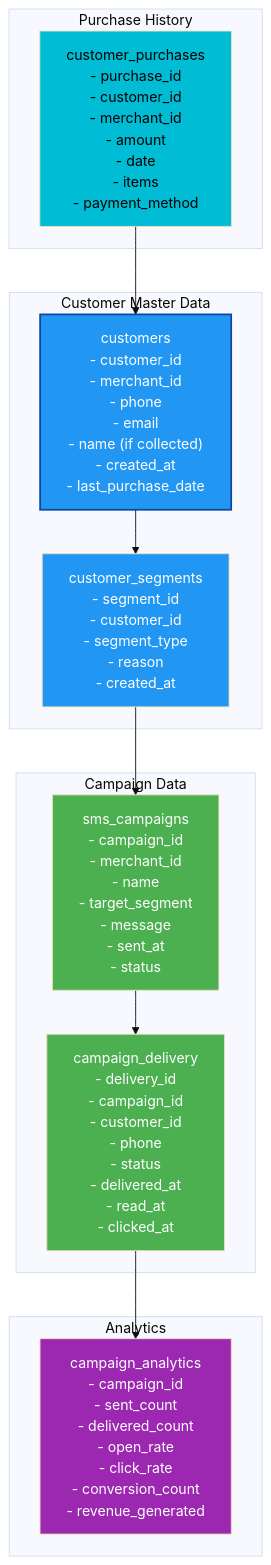
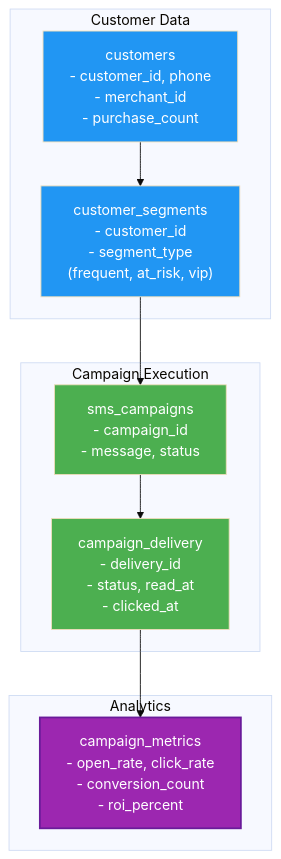
One commit to lamtquyen03/momo-product-engineering changed diagram 15 of 19 in product-areas/sme-merchants-product-design.md. Above: the diagram before and after it, drawn with Mermaid (base theme). The commit also changed other lines of this file, not shown here.

Commit message:
[OPTIMIZE] Condense Section 4 - preserve Mermaid diagrams, remove verbose SQL/examples

````diff
--- a/product-areas/sme-merchants-product-design.md
+++ b/product-areas/sme-merchants-product-design.md
@@ -890,33 +810,27 @@
 ```mermaid
 graph TB
-    subgraph "Customer Master Data"
-        CUST["customers<br/>- customer_id<br/>- merchant_id<br/>- phone<br/>- email<br/>- name (if collected)<br/>- created_at<br/>- last_purchase_date"]
-        SEGMENT["customer_segments<br/>- segment_id<br/>- customer_id<br/>- segment_type<br/>- reason<br/>- created_at"]
+    subgraph "Customer Data"
+        CUST["customers<br/>- customer_id, phone<br/>- merchant_id<br/>- purchase_count"]
+        SEGMENT["customer_segments<br/>- customer_id<br/>- segment_type<br/>(frequent, at_risk, vip)"]
     end
 
-    subgraph "Purchase History"
-        HISTORY["customer_purchases<br/>- purchase_id<br/>- customer_id<br/>- merchant_id<br/>- amount<br/>- date<br/>- items<br/>- payment_method"]
-    end
-
-    subgraph "Campaign Data"
-        CAMPAIGN["sms_campaigns<br/>- campaign_id<br/>- merchant_id<br/>- name<br/>- target_segment<br/>- message<br/>- sent_at<br/>- status"]
-        DELIVERY["campaign_delivery<br/>- delivery_id<br/>- campaign_id<br/>- customer_id<br/>- phone<br/>- status<br/>- delivered_at<br/>- read_at<br/>- clicked_at"]
+    subgraph "Campaign Execution"
+        CAMPAIGN["sms_campaigns<br/>- campaign_id<br/>- message, status"]
+        DELIVERY["campaign_delivery<br/>- delivery_id<br/>- status, read_at<br/>- clicked_at"]
     end
 
     subgraph "Analytics"
-        ANALYTICS["campaign_analytics<br/>- campaign_id<br/>- sent_count<br/>- delivered_count<br/>- open_rate<br/>- click_rate<br/>- conversion_count<br/>- revenue_generated"]
+        METRICS["campaign_metrics<br/>- open_rate, click_rate<br/>- conversion_count<br/>- roi_percent"]
     end
 
-    HISTORY --> CUST
     CUST --> SEGMENT
     SEGMENT --> CAMPAIGN
     CAMPAIGN --> DELIVERY
-    DELIVERY --> ANALYTICS
+    DELIVERY --> METRICS
 
-    style CUST fill:#2196F3,color:#fff,stroke:#0D47A1,stroke-width:2px
+    style CUST fill:#2196F3,color:#fff
     style SEGMENT fill:#2196F3,color:#fff
-    style HISTORY fill:#00BCD4,color:#000
     style CAMPAIGN fill:#4CAF50,color:#fff
     style DELIVERY fill:#4CAF50,color:#fff
-    style ANALYTICS fill:#9C27B0,color:#fff
+    style METRICS fill:#9C27B0,color:#fff,stroke:#6A1B9A,stroke-width:2px
 ```
````
